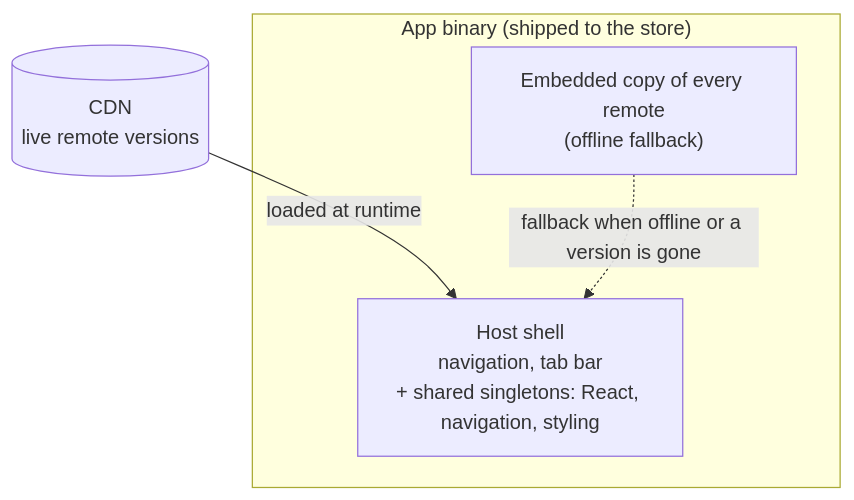
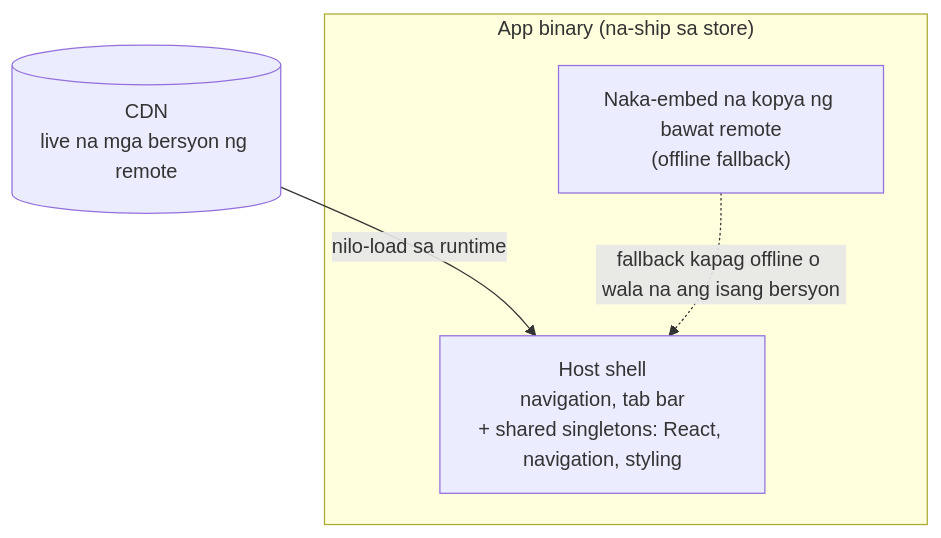
The diagram in src/content/blog/tl/why-module-federation-react-native.md (warrendeleon/warrendeleon.com), drawn with Mermaid before and after one commit. The commit also changed 11 other files, not shown here.

First line of the commit message:
🌐 i18n(blog): translate mermaid diagram labels (es/ca/tl)

````diff
--- a/src/content/blog/tl/why-module-federation-react-native.md
+++ b/src/content/blog/tl/why-module-federation-react-native.md
@@ -31,10 +31,10 @@
 ```mermaid
 flowchart TB
-    cdn[("CDN<br/>live remote versions")]
-    subgraph binary["App binary (shipped to the store)"]
+    cdn[("CDN<br/>live na mga bersyon ng remote")]
+    subgraph binary["App binary (na-ship sa store)"]
         host["Host shell<br/>navigation, tab bar<br/>+ shared singletons: React, navigation, styling"]
-        embedded["Embedded copy of every remote<br/>(offline fallback)"]
+        embedded["Naka-embed na kopya ng bawat remote<br/>(offline fallback)"]
     end
-    cdn -->|loaded at runtime| host
-    embedded -.->|fallback when offline or a version is gone| host
+    cdn -->|nilo-load sa runtime| host
+    embedded -.->|fallback kapag offline o wala na ang isang bersyon| host
 ```
````
